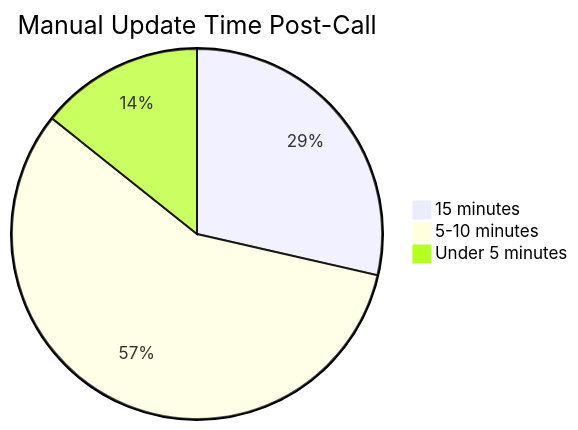
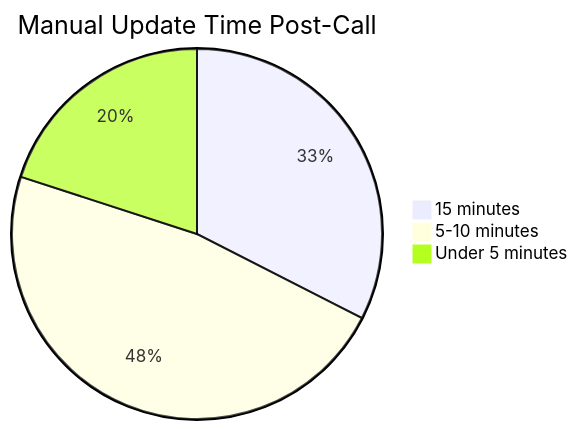
Before and after one commit to TheAyoosh/MeetScribe-AI: the fifth of 6 diagrams in documents/customer-interview-record.md, drawn with Mermaid. The commit also changed other lines of this file and 3 other files, not shown here.

````diff
--- a/documents/customer-interview-record.md
+++ b/documents/customer-interview-record.md
@@ -85,6 +85,6 @@
 ```mermaid
 pie title Manual Update Time Post-Call
-    "15 minutes" : 8
-    "5-10 minutes" : 16
-    "Under 5 minutes" : 4
+    "15 minutes" : 13
+    "5-10 minutes" : 19
+    "Under 5 minutes" : 8
 ```
````
